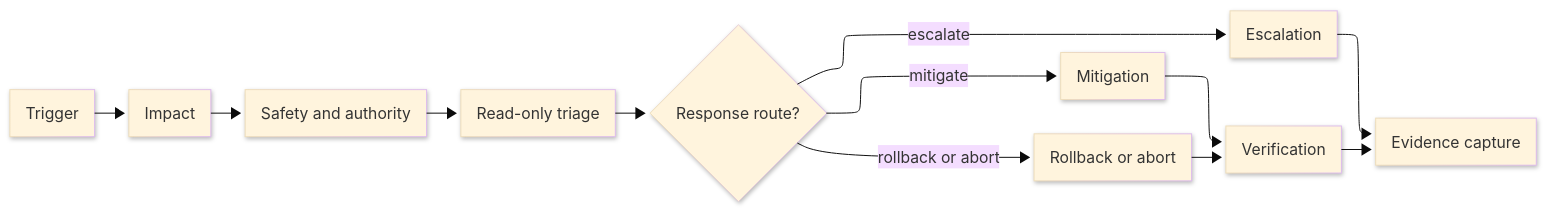
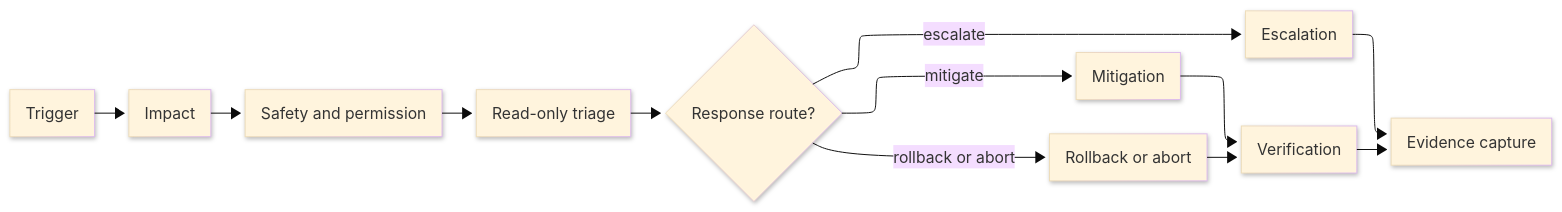
The diagram in docs/standards/task/runbook.md (bsamiee/Rasm), drawn with Mermaid before and after one commit. The commit also changed other lines of this file and 21 other files, not shown here.

````diff
--- a/docs/standards/task/runbook.md
+++ b/docs/standards/task/runbook.md
@@ -67,26 +60,26 @@
 ```mermaid
 ---
 config:
   layout: elk
   look: neo
   theme: base
   elk:
     mergeEdges: false
     nodePlacementStrategy: BRANDES_KOEPF
     cycleBreakingStrategy: GREEDY_MODEL_ORDER
 ---
 flowchart LR
     accTitle: Runbook response path
     accDescr: A runbook starts from a trigger, states impact and safety, runs read-only triage, chooses mitigation, rollback, or escalation, verifies recovery or containment, and captures evidence.
     Trigger["Trigger"] --> Impact["Impact"]
-    Impact --> Safety["Safety and authority"]
+    Impact --> Safety["Safety and permission"]
     Safety --> Triage["Read-only triage"]
     Triage --> Decision{"Response route?"}
     Decision -->|mitigate| Mitigation["Mitigation"]
     Decision -->|rollback or abort| Rollback["Rollback or abort"]
     Decision -->|escalate| Escalation["Escalation"]
     Mitigation --> Verification["Verification"]
     Rollback --> Verification
     Escalation --> Evidence["Evidence capture"]
     Verification --> Evidence
 ```
````
